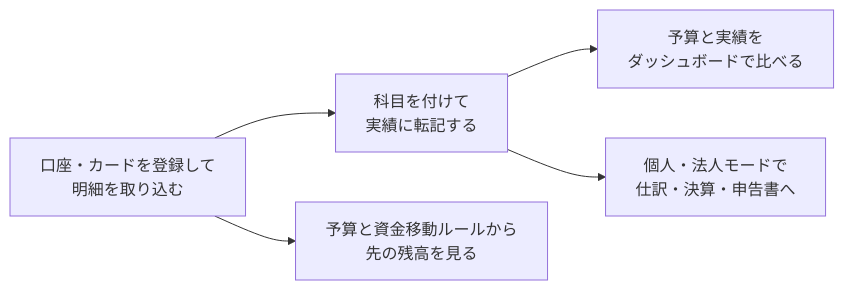
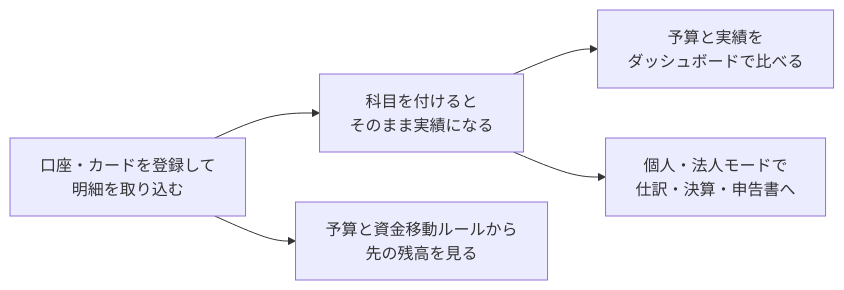
Before and after one commit to makoto-kamimura/docker_financial_management: the first of 2 diagrams in readme.md, drawn with Mermaid. The commit also changed other lines of this file and 99 other files, not shown here.

````diff
--- a/readme.md
+++ b/readme.md
@@ -80,7 +80,7 @@
 ```mermaid
 flowchart LR
-  A["口座・カードを登録して<br/>明細を取り込む"] --> B["科目を付けて<br/>実績に転記する"]
+  A["口座・カードを登録して<br/>明細を取り込む"] --> B["科目を付けると<br/>そのまま実績になる"]
   B --> C["予算と実績を<br/>ダッシュボードで比べる"]
   A --> D["予算と資金移動ルールから<br/>先の残高を見る"]
   B --> E["個人・法人モードで<br/>仕訳・決算・申告書へ"]
 ```
````
